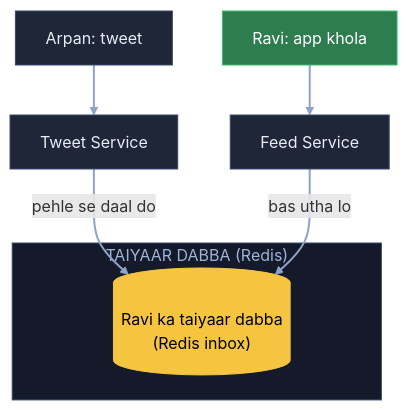
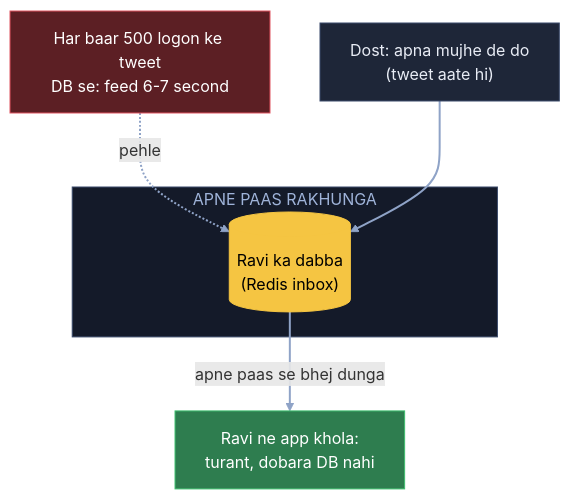
The first of 15 diagrams in 04_HLD/SYSTEM_DESIGNS/03_twitter_feed/03_twitter_feed.md (ArpanMaheshwari144/Prep), drawn with Mermaid before and after one commit. The commit also changed other lines of this file, not shown here.

Commit message:
Twitter: 15 diagram hand notes ke shabdon se, K1 heading + K9 line notes jaisi

````diff
--- a/04_HLD/SYSTEM_DESIGNS/03_twitter_feed/03_twitter_feed.md
+++ b/04_HLD/SYSTEM_DESIGNS/03_twitter_feed/03_twitter_feed.md
@@ -36,20 +36,18 @@
 ```mermaid
 flowchart TB
-    A["Arpan: tweet"]:::card
-    TS["Tweet Service"]:::card
-    subgraph RD["TAIYAAR DABBA (Redis)"]
-        IN[("Ravi ka taiyaar dabba<br/>(Redis inbox)")]:::pill
+    X["Har baar 500 logon ke tweet<br/>DB se: feed 6-7 second"]:::bad
+    A["Dost: apna mujhe de do<br/>(tweet aate hi)"]:::card
+    subgraph AP["APNE PAAS RAKHUNGA"]
+        IN[("Ravi ka dabba<br/>(Redis inbox)")]:::pill
     end
-    FS["Feed Service"]:::card
-    R["Ravi: app khola"]:::good
-    A --> TS
-    TS -- "pehle se daal do" --> IN
-    R --> FS
-    FS -- "bas utha lo" --> IN
+    R["Ravi ne app khola:<br/>turant, dobara DB nahi"]:::good
+    X -. "pehle" .-> IN
+    A --> IN
+    IN -- "apne paas se bhej dunga" --> R
     linkStyle default stroke:#8fa3c7,stroke-width:2px
     classDef card fill:#1e2638,stroke:#3a4a6b,color:#e8ecf5
     classDef pill fill:#f5c542,stroke:#f5c542,color:#000
     classDef good fill:#2e7d4f,stroke:#3fbf6f,color:#fff
     classDef bad fill:#5c1f24,stroke:#e05561,color:#fff
-    style RD fill:#141a29,stroke:#3a4a6b,color:#9fb3d9
+    style AP fill:#141a29,stroke:#3a4a6b,color:#9fb3d9
 ```
````
